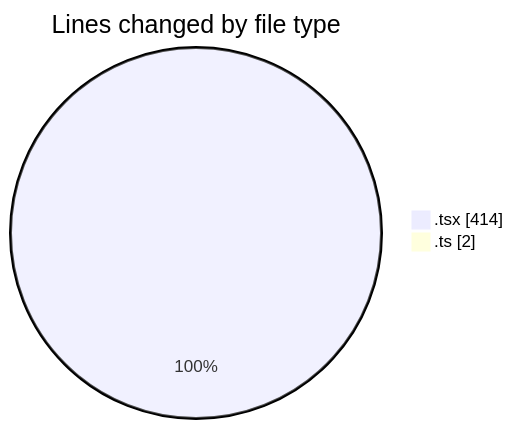
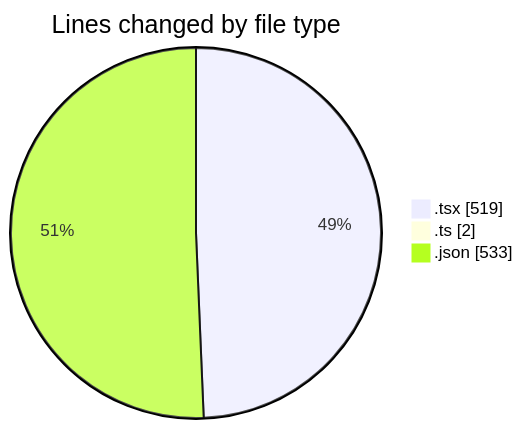
Before and after one commit to EIIisD/code-tracking: the first of 2 diagrams in 2025-08-02/tw-server/README.md, drawn with Mermaid. The commit also changed other lines of this file and 1 other file, not shown here.

````diff
--- a/2025-08-02/tw-server/README.md
+++ b/2025-08-02/tw-server/README.md
@@ -22,6 +23,7 @@
 ```mermaid
 pie showData
 title Lines changed by file type
-".tsx" : 414
+".tsx" : 519
 ".ts" : 2
+".json" : 533
 ```
````
